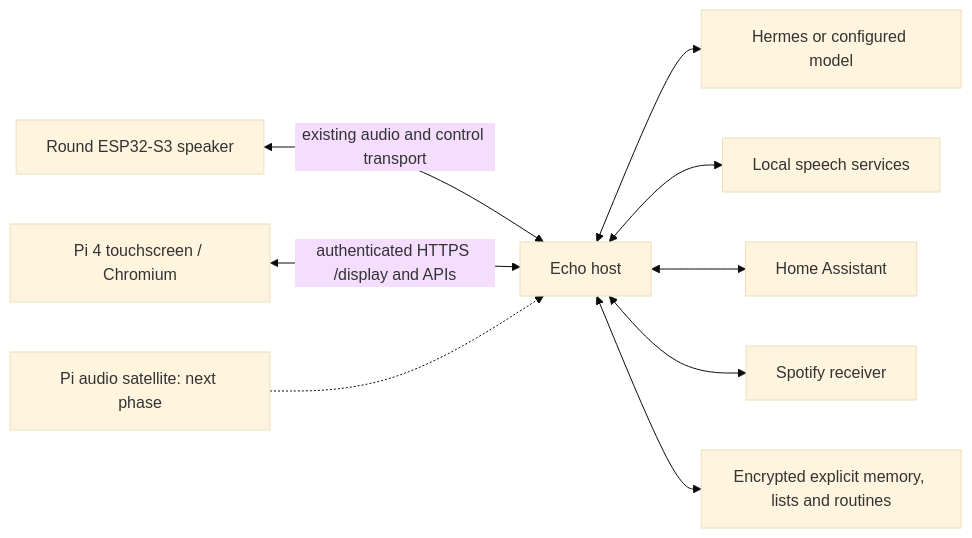
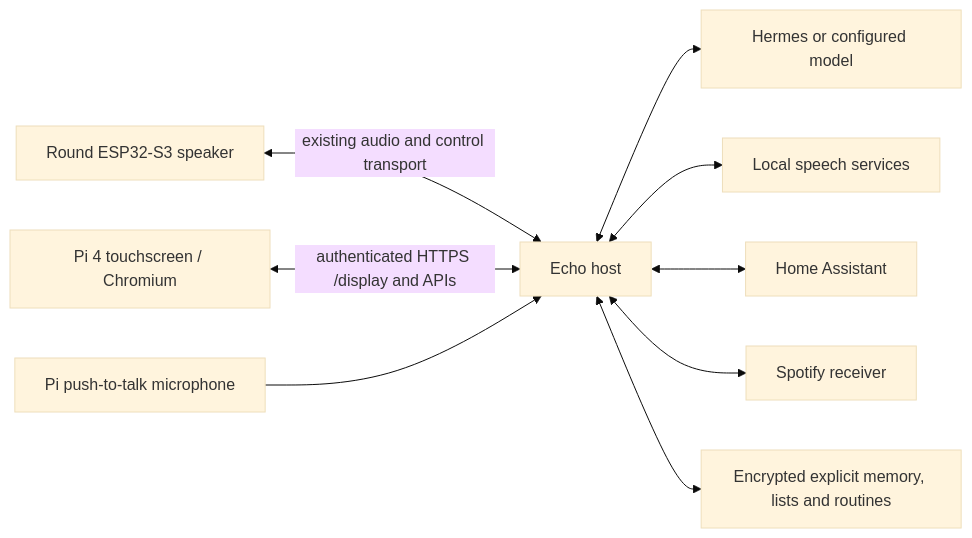
The diagram in docs/SMART_DISPLAY.md (NotADevIAmaMeatPopsicle/Echo-Assistant), drawn with Mermaid (base theme) before and after one commit. The commit also changed other lines of this file and 25 other files, not shown here.

````diff
--- a/docs/SMART_DISPLAY.md
+++ b/docs/SMART_DISPLAY.md
@@ -44,11 +44,11 @@
 ```mermaid
 flowchart LR
   R[Round ESP32-S3 speaker] <-->|existing audio and control transport| H[Echo host]
   P[Pi 4 touchscreen / Chromium] <-->|authenticated HTTPS /display and APIs| H
-  A[Pi audio satellite: next phase] -.-> H
+  A[Pi push-to-talk microphone] --> H
   H <--> E[Hermes or configured model]
   H <--> S[Local speech services]
   H <--> HA[Home Assistant]
   H <--> M[Spotify receiver]
   H <--> D[Encrypted explicit memory, lists and routines]
 ```
````
